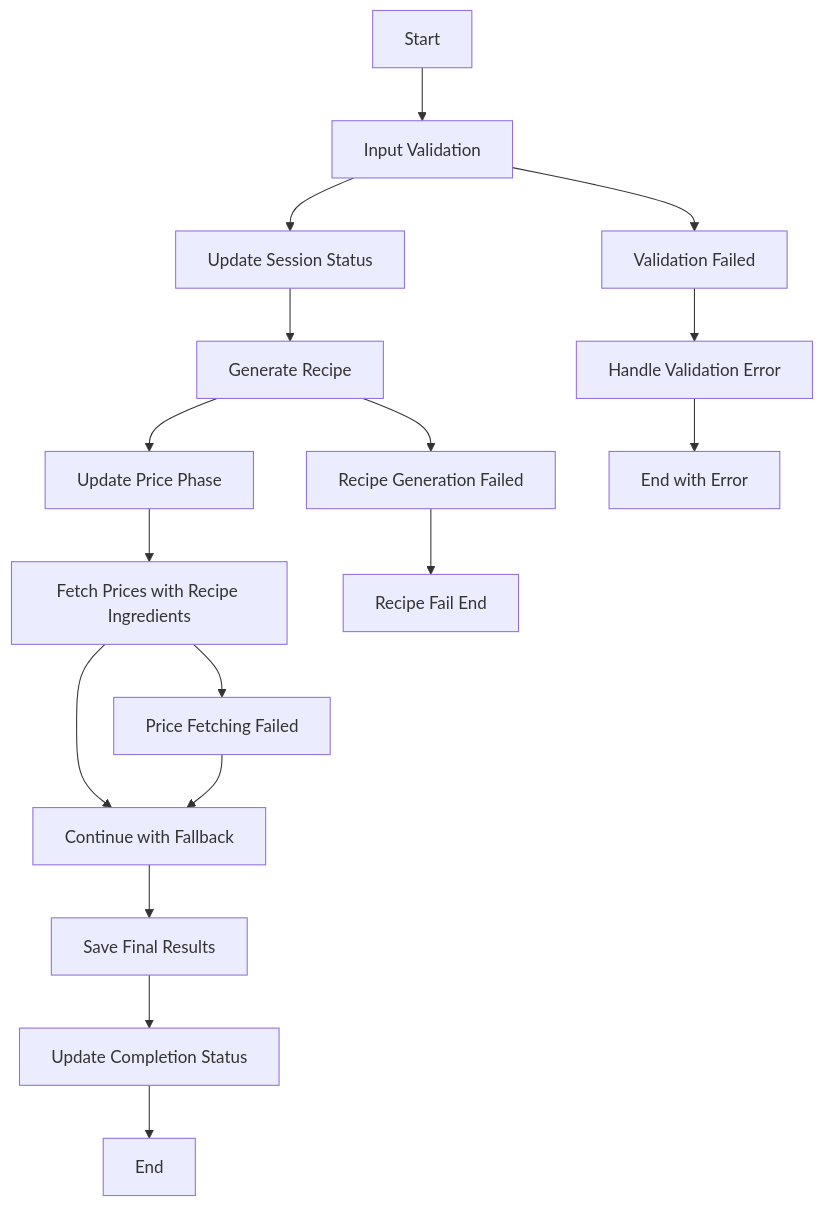
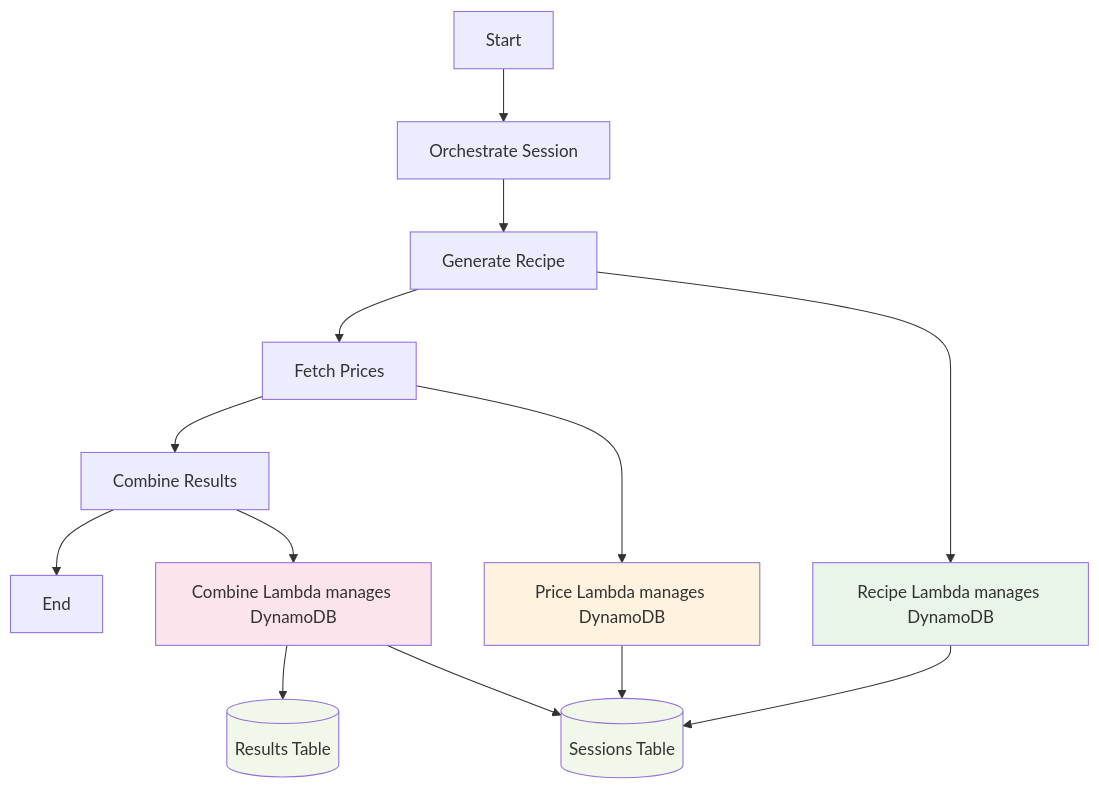
One commit to awsqhackathonXddeokssang/team21-aws-hackathon changed the diagram in docs/backend-specs/step-functions/step-functions-workflow.md. Above: the diagram before and after it, drawn with Mermaid. The commit also changed other lines of this file and 9 other files, not shown here.

Commit message:
Replace complex workflow with simplified Lambda-managed DynamoDB approach

````diff
--- a/docs/backend-specs/step-functions/step-functions-workflow.md
+++ b/docs/backend-specs/step-functions/step-functions-workflow.md
@@ -8,24 +9,23 @@
 ```mermaid
 graph TD
-    A[Start] --> B[Input Validation]
-    B --> C[Update Session Status]
-    C --> D[Generate Recipe]
+    A[Start] --> B[Orchestrate Session]
+    B --> C[Generate Recipe]
+    C --> D[Fetch Prices]
+    D --> E[Combine Results]
+    E --> F[End]
     
-    D --> E[Update Price Phase]
-    E --> F[Fetch Prices with Recipe Ingredients]
+    C --> G[Recipe Lambda manages DynamoDB]
+    D --> H[Price Lambda manages DynamoDB]
+    E --> I[Combine Lambda manages DynamoDB]
     
-    F --> G[Combine Results]
-    G --> H[Save Final Results]
-    H --> I[Update Completion Status]
-    I --> J[End]
+    G --> J[(Sessions Table)]
+    H --> J
+    I --> J
+    I --> K[(Results Table)]
     
-    B --> K[Validation Failed]
-    K --> L[Handle Validation Error]
-    L --> M[End with Error]
-    
-    D --> N[Recipe Generation Failed]
-    N --> O[Recipe Fail End]
-    
-    F --> P[Price Fetching Failed]
-    P --> G[Continue with Fallback]
+    style G fill:#e8f5e8
+    style H fill:#fff3e0
+    style I fill:#fce4ec
+    style J fill:#f1f8e9
+    style K fill:#f1f8e9
 ```
````
